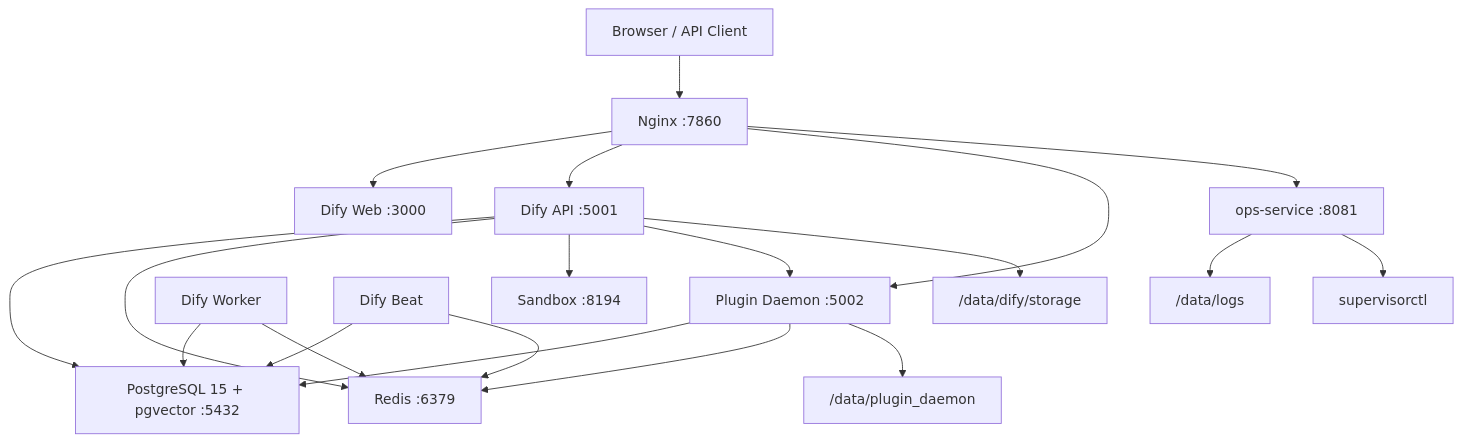
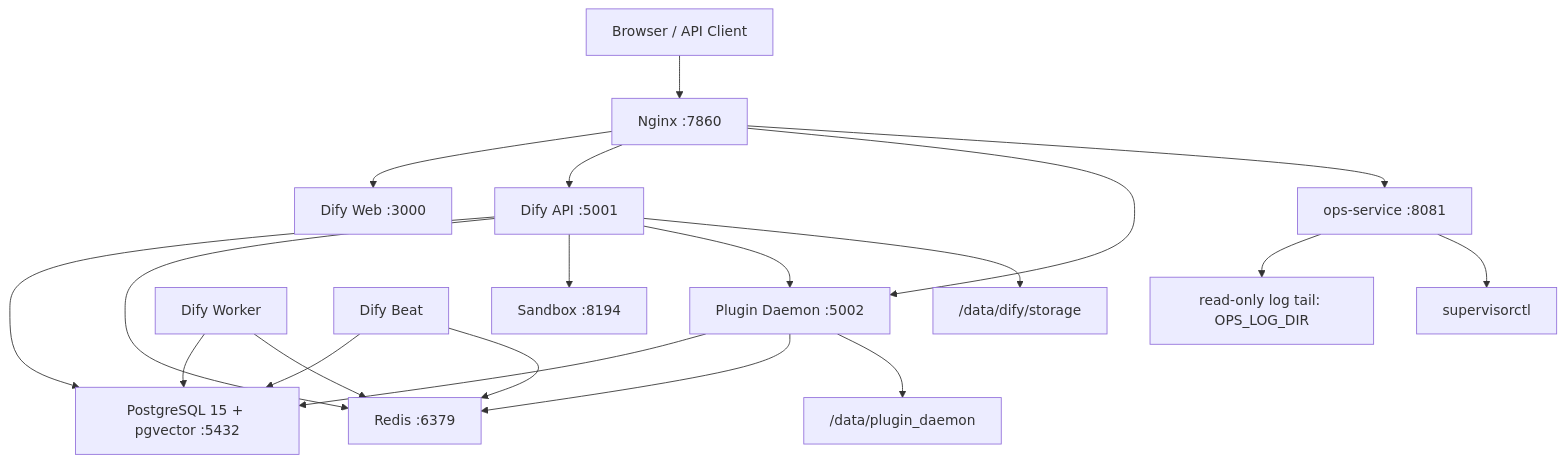
One commit to BlueSkyXN/Dify-all-in-one-HFS changed the first of 3 diagrams in docs/architecture.md. Above: the diagram before and after it, drawn with Mermaid. The commit also changed other lines of this file and 21 other files, not shown here.

Commit message:
Expand read-only ops diagnostics

````diff
--- a/docs/architecture.md
+++ b/docs/architecture.md
@@ -7,22 +7,22 @@
 ```mermaid
 flowchart TD
     user["Browser / API Client"] --> nginx["Nginx :7860"]
     nginx --> web["Dify Web :3000"]
     nginx --> api["Dify API :5001"]
     nginx --> plugin["Plugin Daemon :5002"]
     nginx --> ops["ops-service :8081"]
     api --> postgres["PostgreSQL 15 + pgvector :5432"]
     api --> redis["Redis :6379"]
     api --> sandbox["Sandbox :8194"]
     api --> plugin
     worker["Dify Worker"] --> postgres
     worker --> redis
     beat["Dify Beat"] --> postgres
     beat --> redis
     plugin --> postgres
     plugin --> redis
     plugin --> data_plugin["/data/plugin_daemon"]
     api --> data_storage["/data/dify/storage"]
-    ops --> logs["/data/logs"]
+    ops --> logs["read-only log tail: OPS_LOG_DIR"]
     ops --> supervisor["supervisorctl"]
 ```
````
